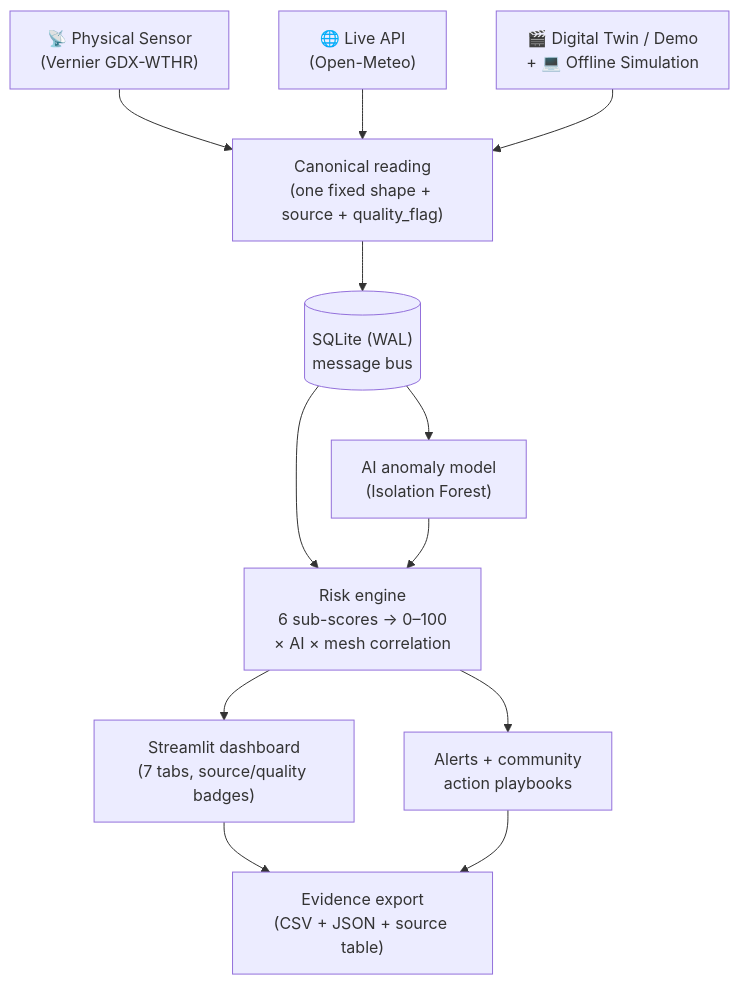
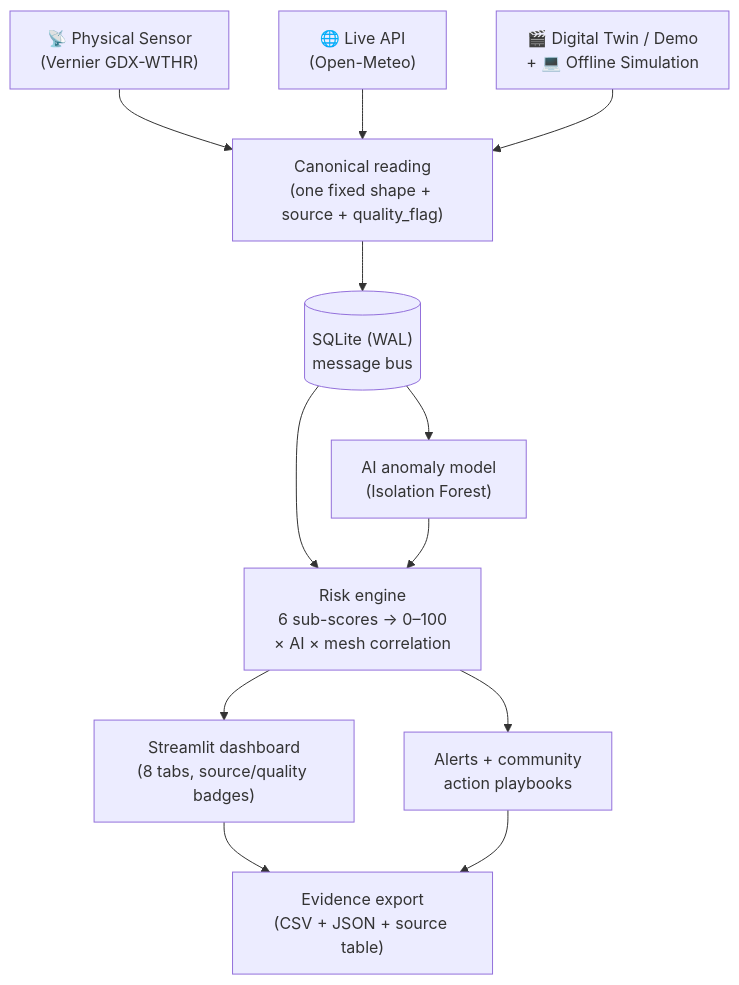
The diagram in README.md (Leo-Y-Zhang/ClimateMesh), drawn with Mermaid before and after one commit. The commit also changed other lines of this file and 28 other files, not shown here.

````diff
--- a/README.md
+++ b/README.md
@@ -320,19 +421,19 @@
 ```mermaid
 flowchart TD
     HW["📡 Physical Sensor<br/>(Vernier GDX-WTHR)"]
     API["🌐 Live API<br/>(Open-Meteo)"]
     DT["🎬 Digital Twin / Demo<br/>+ 💻 Offline Simulation"]
 
     HW --> CR["Canonical reading<br/>(one fixed shape + source + quality_flag)"]
     API --> CR
     DT --> CR
 
     CR --> DB[("SQLite (WAL)<br/>message bus")]
     DB --> AI["AI anomaly model<br/>(Isolation Forest)"]
     DB --> RE["Risk engine<br/>6 sub-scores → 0–100<br/>× AI × mesh correlation"]
     AI --> RE
-    RE --> DASH["Streamlit dashboard<br/>(7 tabs, source/quality badges)"]
+    RE --> DASH["Streamlit dashboard<br/>(8 tabs, source/quality badges)"]
     RE --> ALERT["Alerts + community<br/>action playbooks"]
     DASH --> EV["Evidence export<br/>(CSV + JSON + source table)"]
     ALERT --> EV
 ```
````
